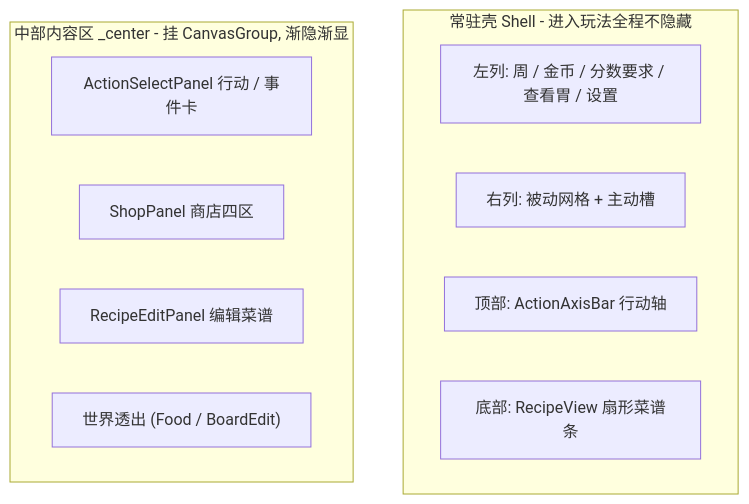
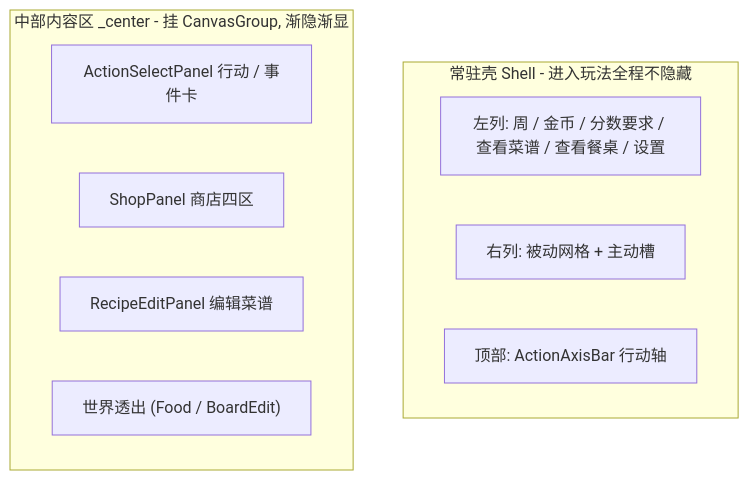
Before and after one commit to 2563495284/gourmetproject: the first of 3 diagrams in GourmetProject/docs/design/游戏设计/界面.md, drawn with Mermaid. The commit also changed other lines of this file and 22 other files, not shown here.

````diff
--- a/GourmetProject/docs/design/游戏设计/界面.md
+++ b/GourmetProject/docs/design/游戏设计/界面.md
@@ -26,15 +26,14 @@
 ```mermaid
 flowchart TB
   subgraph shell [常驻壳 Shell - 进入玩法全程不隐藏]
-    Left["左列: 周 / 金币 / 分数要求 / 查看胃 / 设置"]
+    Left["左列: 周 / 金币 / 分数要求 / 查看菜谱 / 查看餐桌 / 设置"]
     Right["右列: 被动网格 + 主动槽"]
     Axis["顶部: ActionAxisBar 行动轴"]
-    Recipe["底部: RecipeView 扇形菜谱条"]
   end
   subgraph center [中部内容区 _center - 挂 CanvasGroup, 渐隐渐显]
     C1["ActionSelectPanel 行动 / 事件卡"]
     C2["ShopPanel 商店四区"]
     C3["RecipeEditPanel 编辑菜谱"]
     C4["世界透出 (Food / BoardEdit)"]
   end
 ```
````
